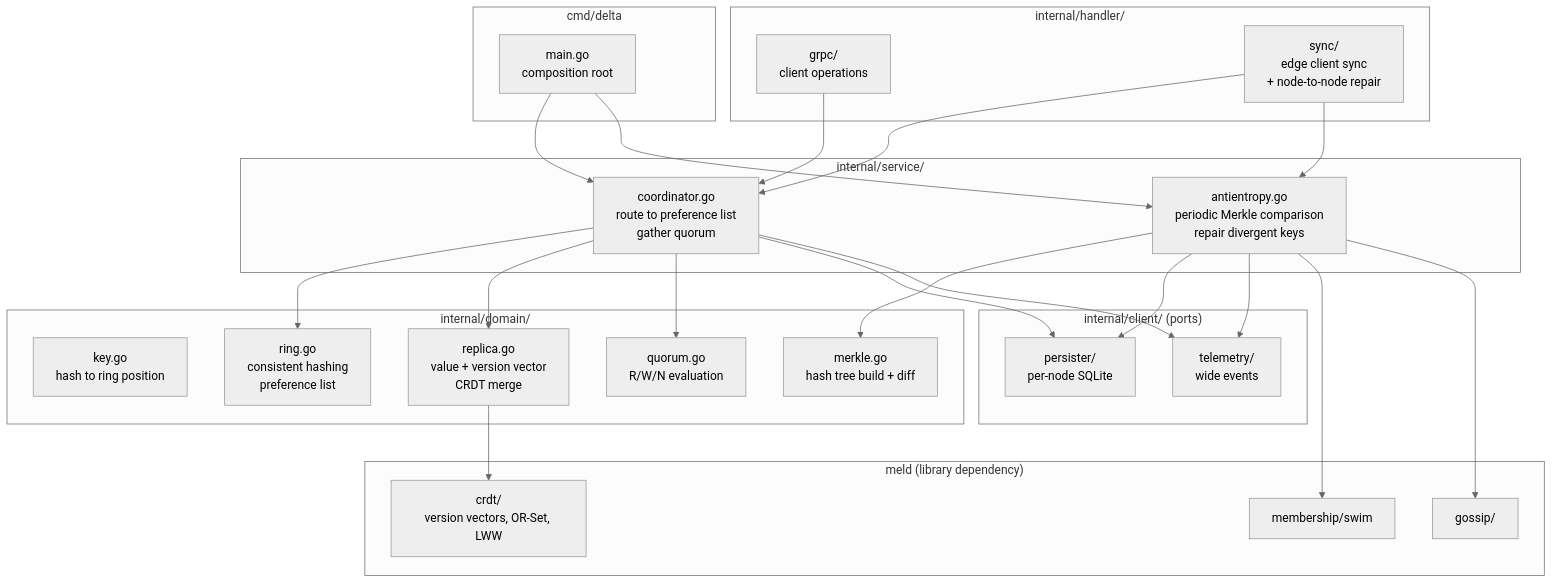
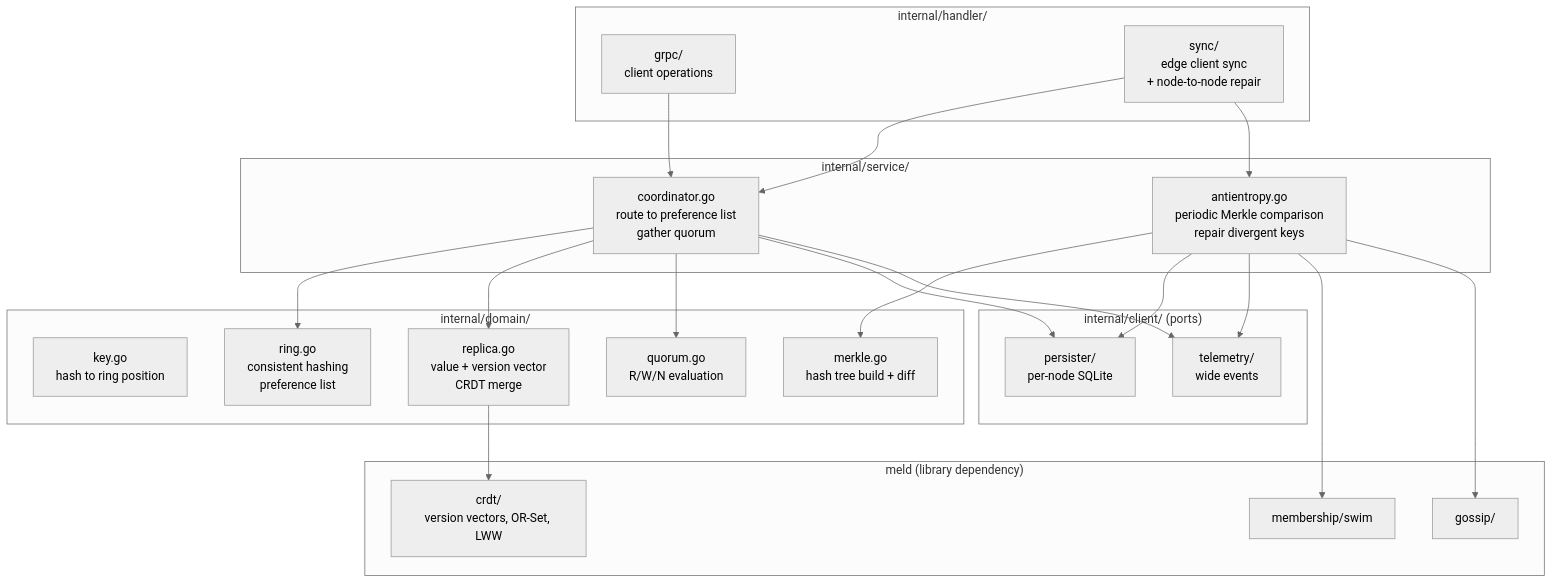
Before and after one commit to w-h-a/delta: the second of 4 diagrams in README.md, drawn with Mermaid (neutral theme).

Commit message:
docs: update README (#1)

````diff
--- a/README.md
+++ b/README.md
@@ -33,52 +33,46 @@
 ```mermaid
 graph TD
-    subgraph "cmd/delta"
-        MAIN[main.go<br/>composition root]
-    end
-
     subgraph "internal/domain/"
         KEY[key.go<br/>hash to ring position]
         RING[ring.go<br/>consistent hashing<br/>preference list]
         REP[replica.go<br/>value + version vector<br/>CRDT merge]
         QRM[quorum.go<br/>R/W/N evaluation]
         MRK[merkle.go<br/>hash tree build + diff]
     end
 
     subgraph "internal/service/"
         COORD[coordinator.go<br/>route to preference list<br/>gather quorum]
         AE[antientropy.go<br/>periodic Merkle comparison<br/>repair divergent keys]
     end
 
     subgraph "internal/handler/"
         GRPC[grpc/<br/>client operations]
         SYNC[sync/<br/>edge client sync<br/>+ node-to-node repair]
     end
 
     subgraph "internal/client/ (ports)"
         PER[persister/<br/>per-node SQLite]
         TEL[telemetry/<br/>wide events]
     end
 
     subgraph "meld (library dependency)"
         CRDT[crdt/<br/>version vectors, OR-Set, LWW]
         MEMB[membership/swim]
         GOSSIP[gossip/]
     end
 
-    MAIN --> COORD
-    MAIN --> AE
     COORD --> RING
     COORD --> REP
     COORD --> QRM
     COORD --> PER
     COORD --> TEL
     AE --> MRK
     AE --> PER
     AE --> TEL
     GRPC --> COORD
     SYNC --> COORD
     SYNC --> AE
     REP --> CRDT
     AE --> MEMB
     AE --> GOSSIP
 ```
````
